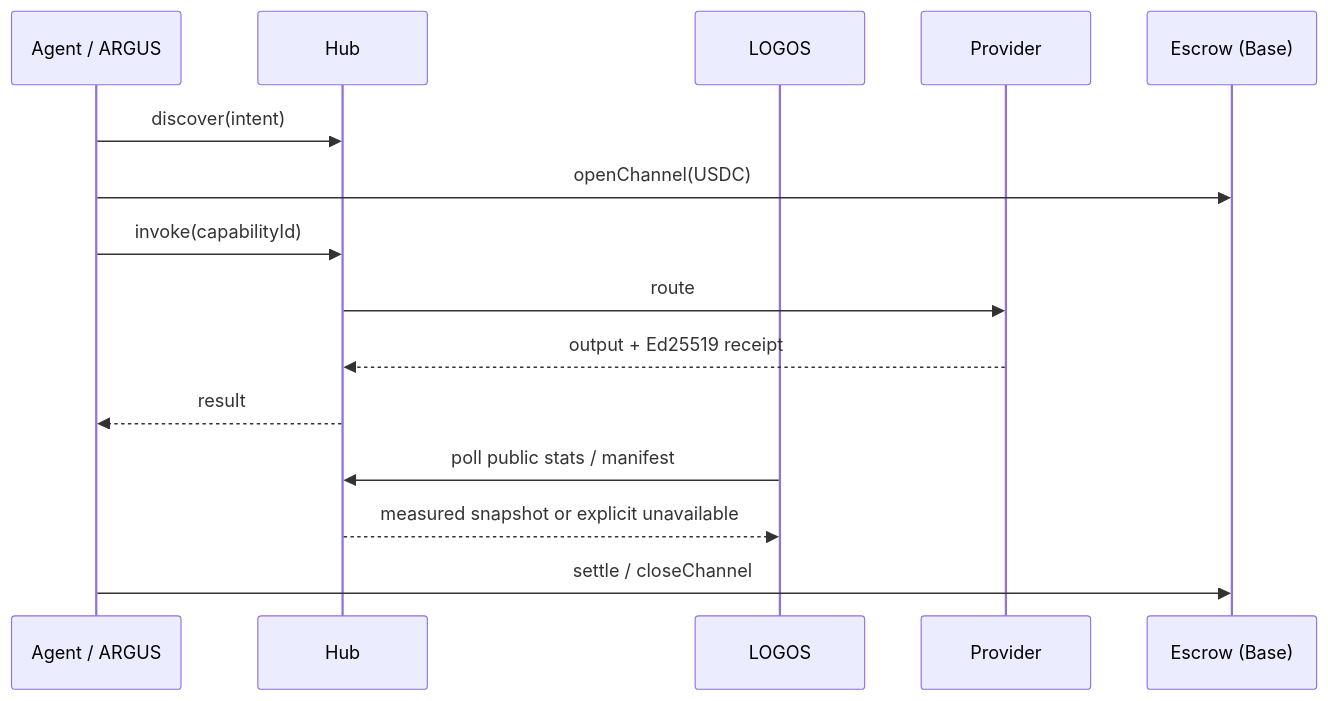
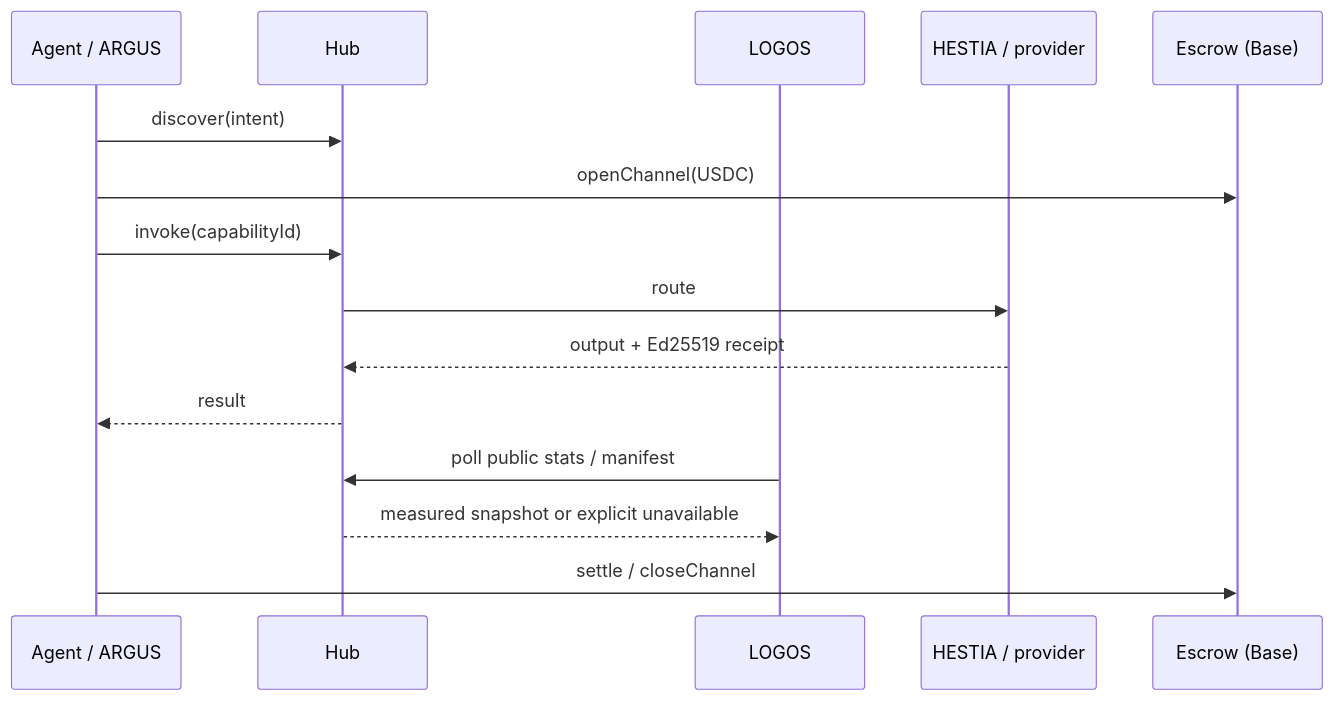
Before and after one commit to alexar76/aicom: the diagram in docs/ecosystem/knowledge-base.md, drawn with Mermaid. The commit also changed 28 other files, not shown here.

````diff
--- a/docs/ecosystem/knowledge-base.md
+++ b/docs/ecosystem/knowledge-base.md
@@ -334,17 +334,17 @@
 ```mermaid
 sequenceDiagram
   participant A as Agent / ARGUS
   participant H as Hub
   participant L as LOGOS
-  participant P as Provider
+  participant P as HESTIA / provider
   participant E as Escrow (Base)
   A->>H: discover(intent)
   A->>E: openChannel(USDC)
   A->>H: invoke(capabilityId)
   H->>P: route
   P-->>H: output + Ed25519 receipt
   H-->>A: result
   L->>H: poll public stats / manifest
   H-->>L: measured snapshot or explicit unavailable
   A->>E: settle / closeChannel
 ```
````
